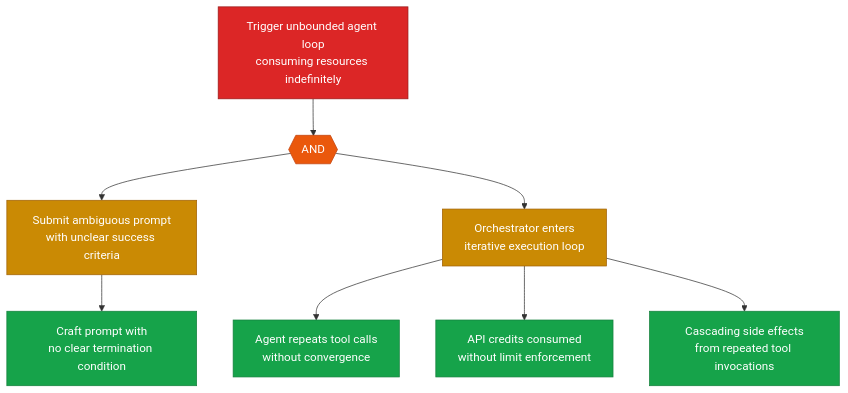
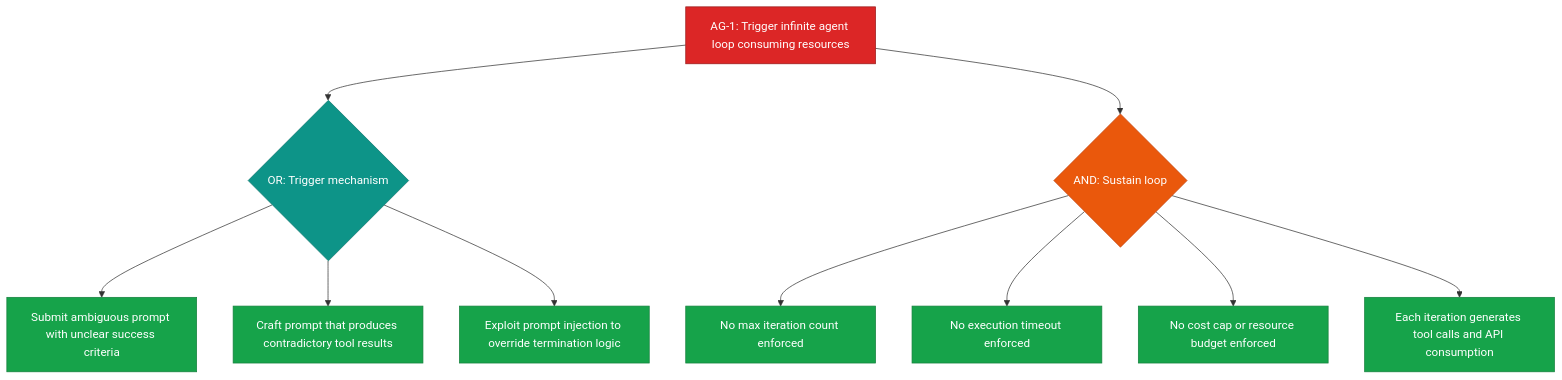
Before and after one commit to q-qp-p/davidmatousek-tachi: the fifth of 7 diagrams in examples/agentic-app/test-output/2026-03-25T12-53-57/threat-report.md, drawn with Mermaid. The commit also changed other lines of this file and 42 other files, not shown here.

````diff
--- a/examples/agentic-app/test-output/2026-03-25T12-53-57/threat-report.md
+++ b/examples/agentic-app/test-output/2026-03-25T12-53-57/threat-report.md
@@ -491,26 +378,32 @@
 ```mermaid
 flowchart TD
-    AG1_root["Trigger unbounded agent loop\nconsuming resources indefinitely"]
-    AG1_and1{{"AND"}}
-    AG1_sub1["Submit ambiguous prompt\nwith unclear success criteria"]
-    AG1_sub2["Orchestrator enters\niterative execution loop"]
-    AG1_leaf1["Craft prompt with\nno clear termination condition"]
-    AG1_leaf2["Agent repeats tool calls\nwithout convergence"]
-    AG1_leaf3["API credits consumed\nwithout limit enforcement"]
-    AG1_leaf4["Cascading side effects\nfrom repeated tool invocations"]
+    AG1_root["AG-1: Trigger infinite agent loop consuming resources"]
+    AG1_or1{"OR: Trigger mechanism"}
+    AG1_leaf1["Submit ambiguous prompt with unclear success criteria"]
+    AG1_leaf2["Craft prompt that produces contradictory tool results"]
+    AG1_leaf3["Exploit prompt injection to override termination logic"]
+    AG1_and1{"AND: Sustain loop"}
+    AG1_leaf4["No max iteration count enforced"]
+    AG1_leaf5["No execution timeout enforced"]
+    AG1_leaf6["No cost cap or resource budget enforced"]
+    AG1_leaf7["Each iteration generates tool calls and API consumption"]
+
+    AG1_root --> AG1_or1
     AG1_root --> AG1_and1
-    AG1_and1 --> AG1_sub1
-    AG1_and1 --> AG1_sub2
-    AG1_sub1 --> AG1_leaf1
-    AG1_sub2 --> AG1_leaf2
-    AG1_sub2 --> AG1_leaf3
-    AG1_sub2 --> AG1_leaf4
-    classDef goal fill:#DC2626,stroke:#991B1B,color:#FFFFFF
-    classDef andGate fill:#EA580C,stroke:#C2410C,color:#FFFFFF
-    classDef leaf fill:#16A34A,stroke:#15803D,color:#FFFFFF
-    classDef sub fill:#CA8A04,stroke:#A16207,color:#FFFFFF
+    AG1_or1 --> AG1_leaf1
+    AG1_or1 --> AG1_leaf2
+    AG1_or1 --> AG1_leaf3
+    AG1_and1 --> AG1_leaf4
+    AG1_and1 --> AG1_leaf5
+    AG1_and1 --> AG1_leaf6
+    AG1_and1 --> AG1_leaf7
+
+    classDef goal fill:#DC2626,color:#fff,stroke:#991B1B
+    classDef andGate fill:#EA580C,color:#fff,stroke:#C2410C
+    classDef orGate fill:#0D9488,color:#fff,stroke:#0F766E
+    classDef leaf fill:#16A34A,color:#fff,stroke:#15803D
     class AG1_root goal
     class AG1_and1 andGate
-    class AG1_sub1,AG1_sub2 sub
-    class AG1_leaf1,AG1_leaf2,AG1_leaf3,AG1_leaf4 leaf
+    class AG1_or1 orGate
+    class AG1_leaf1,AG1_leaf2,AG1_leaf3,AG1_leaf4,AG1_leaf5,AG1_leaf6,AG1_leaf7 leaf
 ```
````
